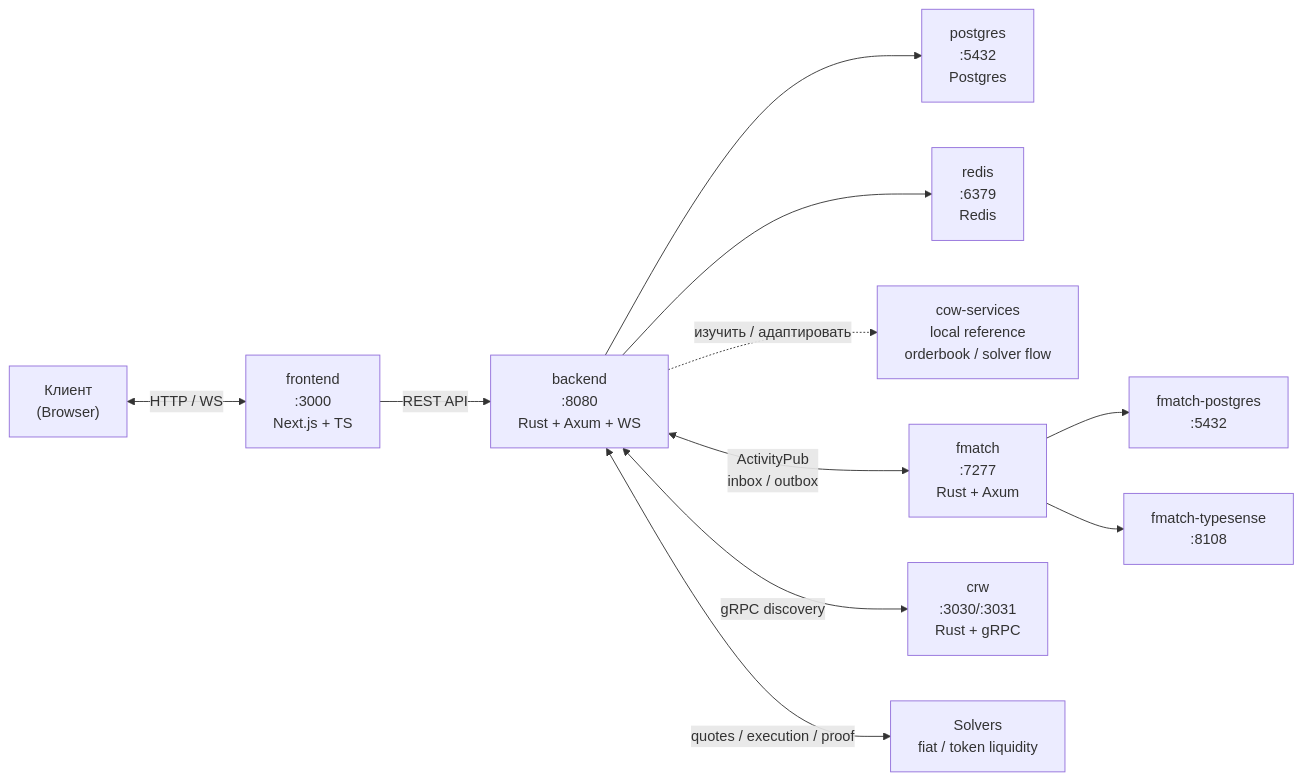
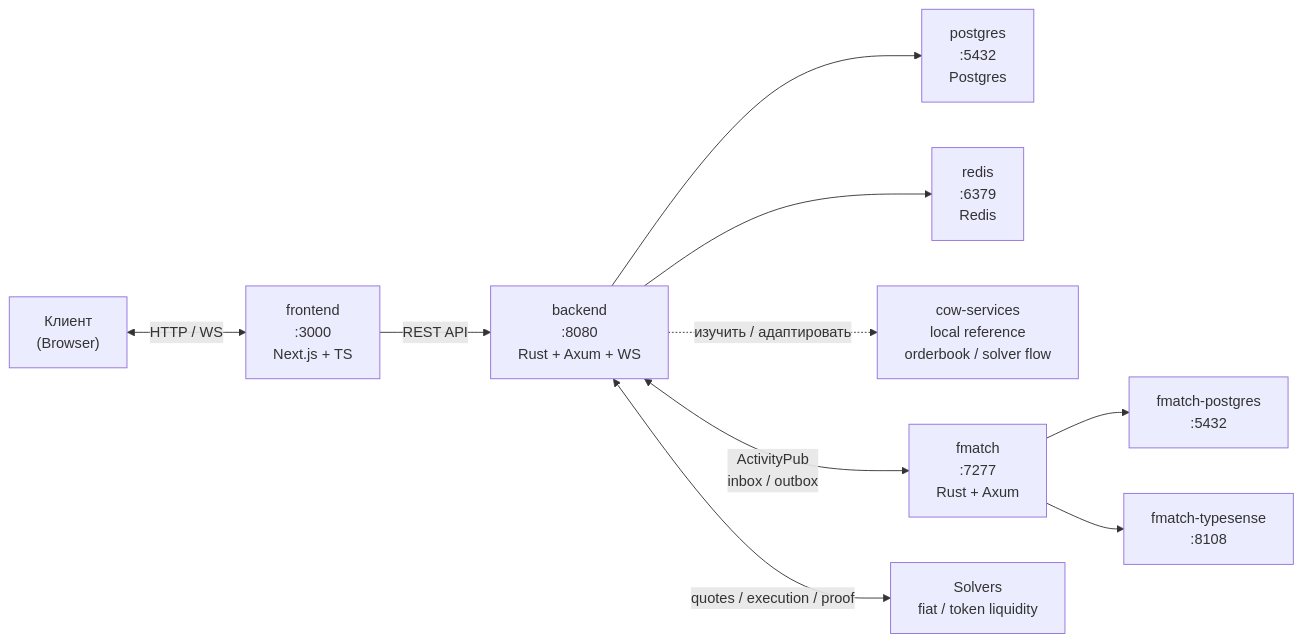
One commit to Flow3Pay/pay3flow changed the first of 3 diagrams in README.md. Above: the diagram before and after it, drawn with Mermaid. The commit also changed other lines of this file and 306 other files, not shown here.

````diff
--- a/README.md
+++ b/README.md
@@ -49,25 +48,23 @@
 ```mermaid
 graph LR
     client["Клиент<br/>(Browser)"]
     frontend["frontend<br/>:3000<br/>Next.js + TS"]
     backend["backend<br/>:8080<br/>Rust + Axum + WS"]
     postgres["postgres<br/>:5432<br/>Postgres"]
     redis["redis<br/>:6379<br/>Redis"]
     cow["cow-services<br/>local reference<br/>orderbook / solver flow"]
     fmatch["fmatch<br/>:7277<br/>Rust + Axum"]
     fmatch_db["fmatch-postgres<br/>:5432"]
     typesense["fmatch-typesense<br/>:8108"]
-    crw["crw<br/>:3030/:3031<br/>Rust + gRPC"]
     solvers["Solvers<br/>fiat / token liquidity"]
 
     client <-->|"HTTP / WS"| frontend
     frontend -->|"REST API"| backend
     backend --> postgres
     backend --> redis
     backend -. изучить / адаптировать .-> cow
     backend <-->|"ActivityPub<br/>inbox / outbox"| fmatch
-    backend <-->|"gRPC discovery"| crw
     backend <-->|"quotes / execution / proof"| solvers
     fmatch --> fmatch_db
     fmatch --> typesense
 ```
````
